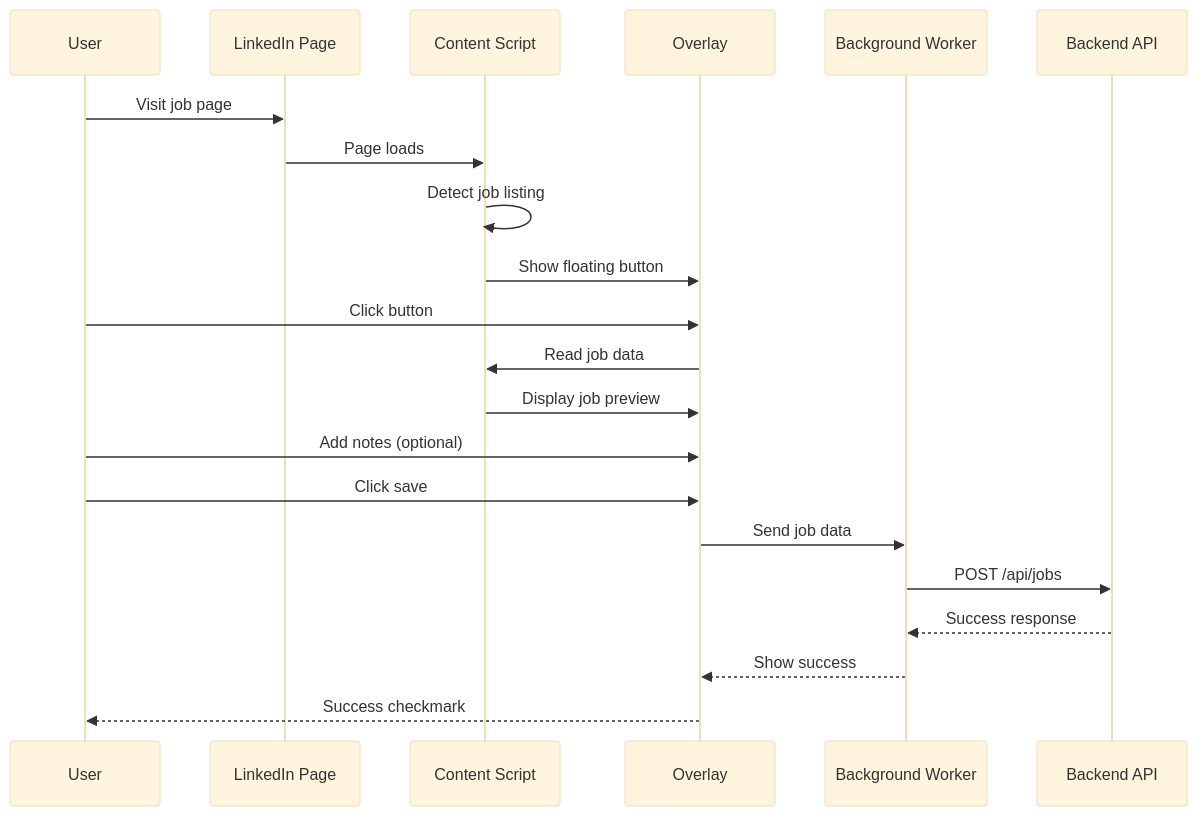
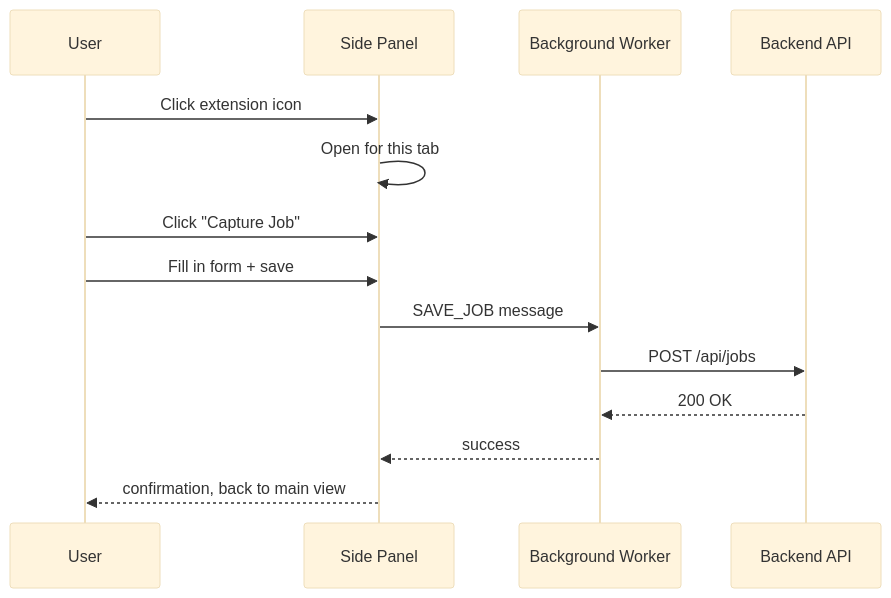
Before and after one commit to benidevo/vega-ai-extension: the second of 3 diagrams in docs/TECHNICAL_DESIGN.md, drawn with Mermaid (base theme). The commit also changed other lines of this file and 36 other files, not shown here.

Commit message:
feat: side panel UI revamp and generic job capture (#25)

````diff
--- a/docs/TECHNICAL_DESIGN.md
+++ b/docs/TECHNICAL_DESIGN.md
@@ -198,24 +106,17 @@
 ```mermaid
 sequenceDiagram
     participant U as User
-    participant LP as LinkedIn Page
-    participant CS as Content Script
-    participant OV as Overlay
+    participant SP as Side Panel
     participant BG as Background Worker
     participant API as Backend API
 
-    U->>LP: Visit job page
-    LP->>CS: Page loads
-    CS->>CS: Detect job listing
-    CS->>OV: Show floating button
-    U->>OV: Click button
-    OV->>CS: Read job data
-    CS->>OV: Display job preview
-    U->>OV: Add notes (optional)
-    U->>OV: Click save
-    OV->>BG: Send job data
+    U->>SP: Click extension icon
+    SP->>SP: Open for this tab
+    U->>SP: Click "Capture Job"
+    U->>SP: Fill in form + save
+    SP->>BG: SAVE_JOB message
     BG->>API: POST /api/jobs
-    API-->>BG: Success response
-    BG-->>OV: Show success
-    OV-->>U: Success checkmark
+    API-->>BG: 200 OK
+    BG-->>SP: success
+    SP-->>U: confirmation, back to main view
 ```
````
